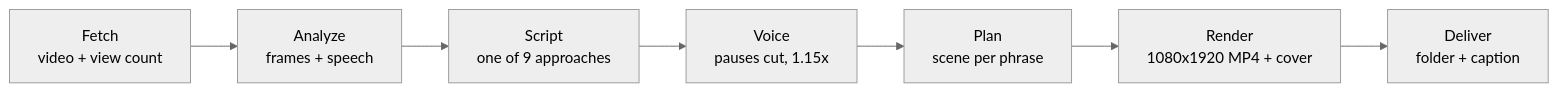
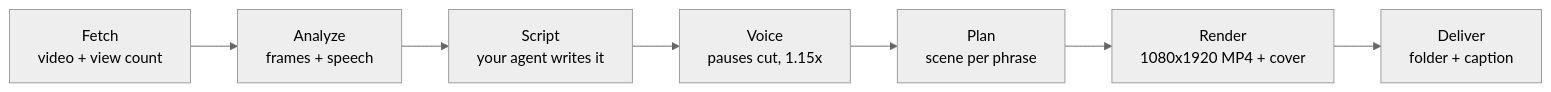
The diagram in README.md (dovudhusan/viral-hook-reels), drawn with Mermaid (neutral theme) before and after one commit. The commit also changed other lines of this file and 10 other files, not shown here.

````diff
--- a/README.md
+++ b/README.md
@@ -81,9 +88,9 @@
 ```mermaid
 flowchart LR
   A[Fetch<br>video + view count] --> B[Analyze<br>frames + speech]
-  B --> C[Script<br>one of 9 approaches]
+  B --> C[Script<br>your agent writes it]
   C --> D[Voice<br>pauses cut, 1.15x]
   D --> E[Plan<br>scene per phrase]
   E --> F[Render<br>1080x1920 MP4 + cover]
   F --> G[Deliver<br>folder + caption]
 ```
````
